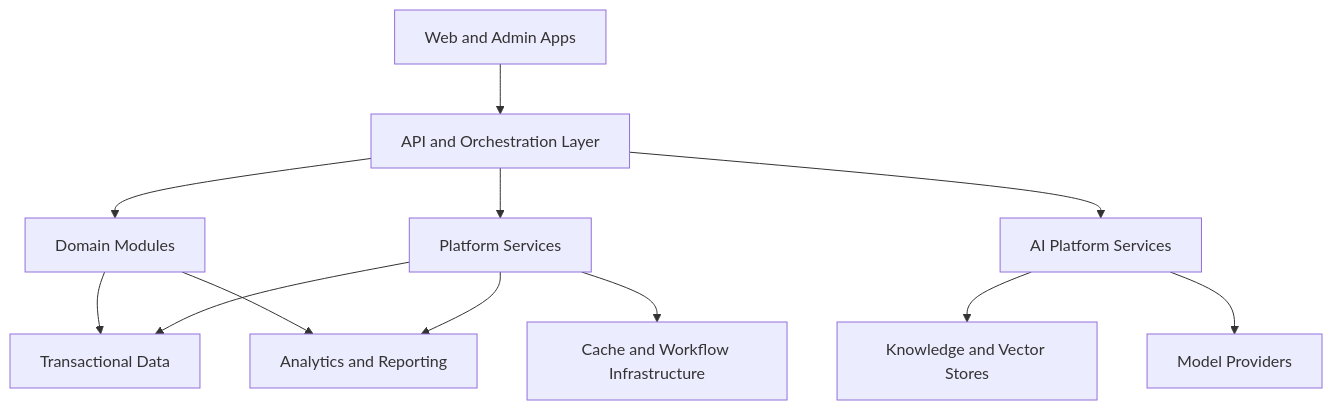
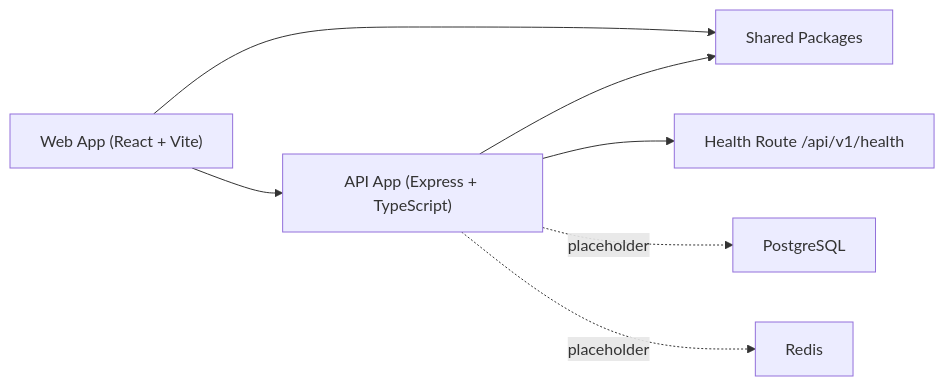
One commit to siddharthdwivedi9099-source/Apar-Noida-CRM changed the diagram in docs/architecture/ARCHITECTURE.md. Above: the diagram before and after it, drawn with Mermaid. The commit also changed other lines of this file and 78 other files, not shown here.

````diff
--- a/docs/architecture/ARCHITECTURE.md
+++ b/docs/architecture/ARCHITECTURE.md
@@ -88,14 +40,9 @@
 ```mermaid
-flowchart TD
-  A["Web and Admin Apps"] --> B["API and Orchestration Layer"]
-  B --> C["Domain Modules"]
-  B --> D["Platform Services"]
-  B --> E["AI Platform Services"]
-  C --> F["Transactional Data"]
-  D --> F
-  D --> G["Cache and Workflow Infrastructure"]
-  E --> H["Knowledge and Vector Stores"]
-  E --> I["Model Providers"]
-  C --> J["Analytics and Reporting"]
-  D --> J
+flowchart LR
+  A["Web App (React + Vite)"] --> B["API App (Express + TypeScript)"]
+  A --> C["Shared Packages"]
+  B --> C
+  B --> D["Health Route /api/v1/health"]
+  B -.placeholder.-> E["PostgreSQL"]
+  B -.placeholder.-> F["Redis"]
 ```
````
